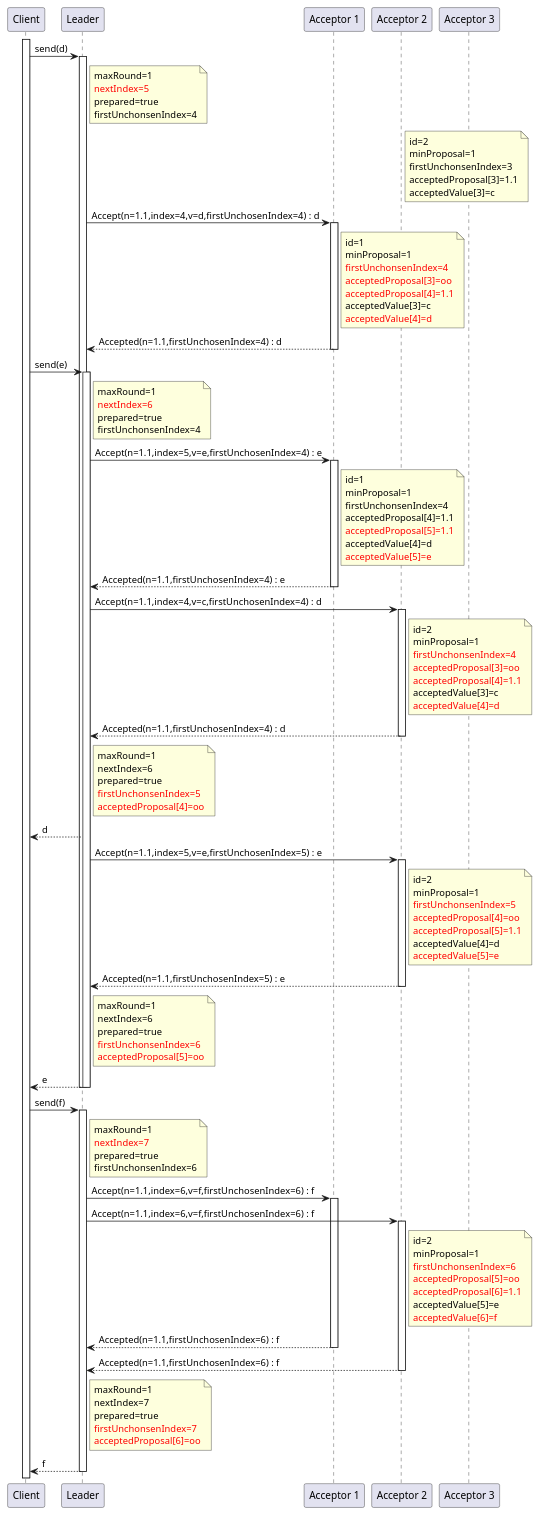
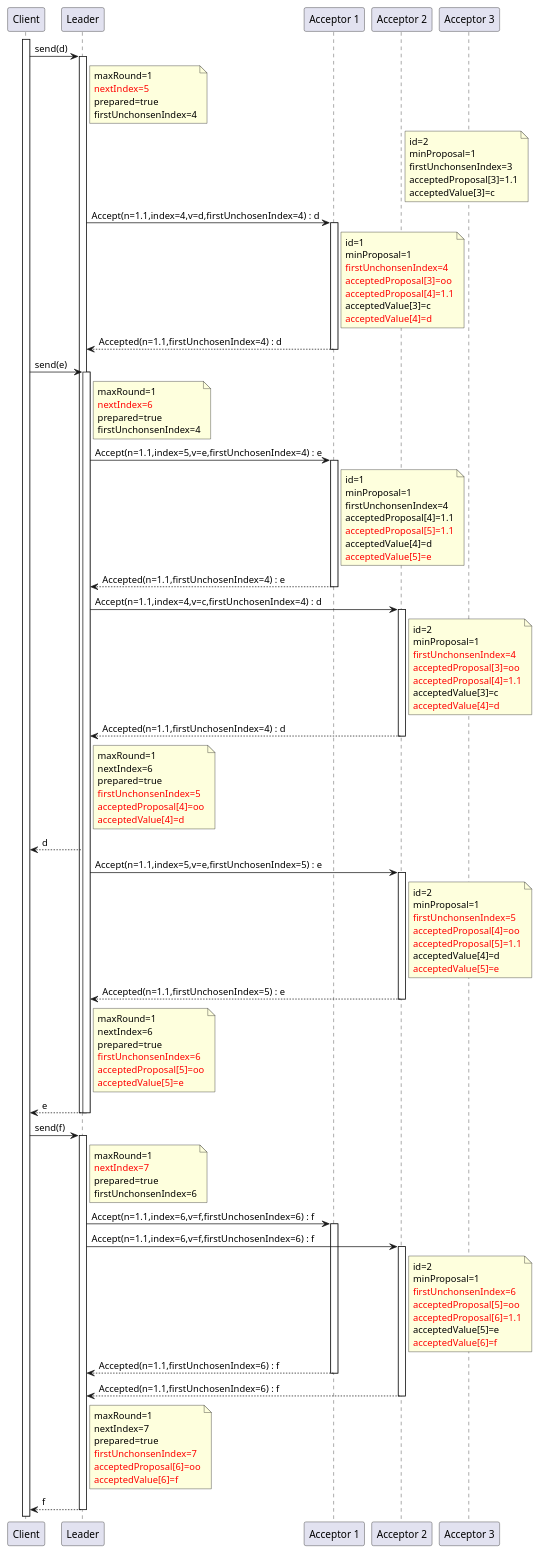
The third of 4 diagrams in src/pages/posts/distribution-paxos-multi.adoc (nocnob/notfound), drawn with PlantUML before and after one commit. The commit also changed other lines of this file and 1 other file, not shown here.

```diff
--- a/src/pages/posts/distribution-paxos-multi.adoc
+++ b/src/pages/posts/distribution-paxos-multi.adoc
@@ -323,6 +358,7 @@
         prepared=true
         <font color=red>firstUnchonsenIndex=5
         <font color=red>acceptedProposal[4]=oo
+        <font color=red>acceptedValue[4]=d
     end note
 c <-- l : d
 
@@ -345,6 +381,7 @@
     prepared=true
     <font color=red>firstUnchonsenIndex=6
     <font color=red>acceptedProposal[5]=oo
+    <font color=red>acceptedValue[5]=e
 end note
 c <-- l : e
 deactivate l
@@ -381,6 +418,7 @@
     prepared=true
     <font color=red>firstUnchonsenIndex=7
     <font color=red>acceptedProposal[6]=oo
+    <font color=red>acceptedValue[6]=f
 end note
 c <-- l : f
 deactivate l
```
